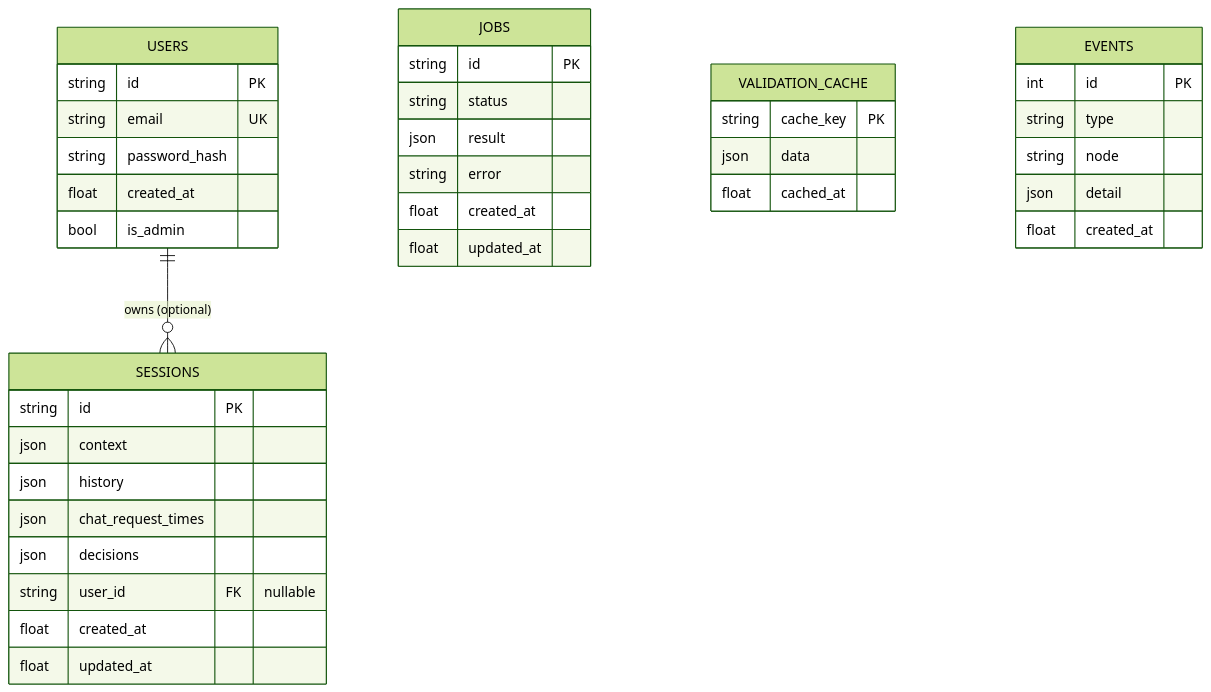
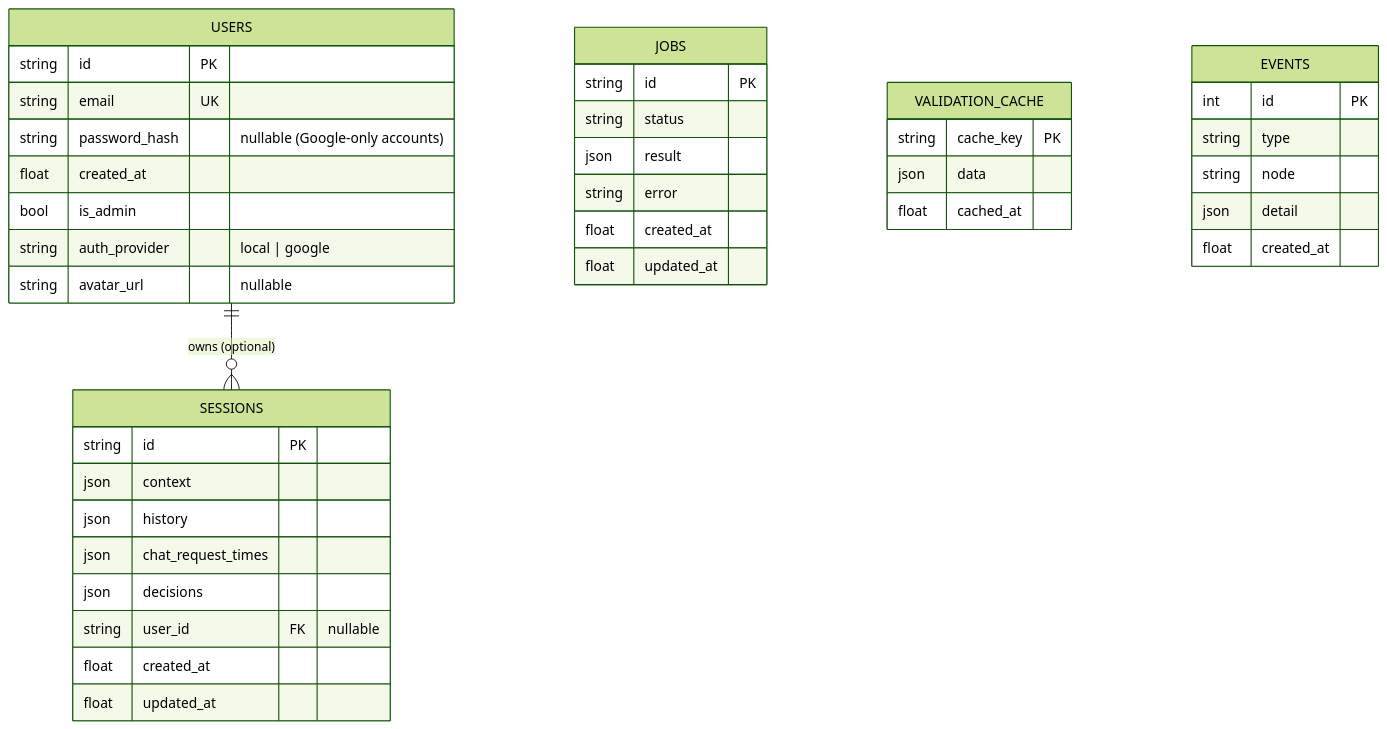
One commit to Yasaswini-ch/Development-of-AI-Based-Startup-Idea-Validator-with-Market-Analysis-Assistance changed the diagram in docs/19_AFFINITY_MILESTONE_3_POSTGRESQL_AUTH_AND_DATA_PERSISTENCE.md. Above: the diagram before and after it, drawn with Mermaid (forest theme). The commit also changed other lines of this file and 18 other files, not shown here.

````diff
--- a/docs/19_AFFINITY_MILESTONE_3_POSTGRESQL_AUTH_AND_DATA_PERSISTENCE.md
+++ b/docs/19_AFFINITY_MILESTONE_3_POSTGRESQL_AUTH_AND_DATA_PERSISTENCE.md
@@ -51,41 +52,43 @@
 ```mermaid
 erDiagram
     USERS ||--o{ SESSIONS : "owns (optional)"
     USERS {
         string id PK
         string email UK
-        string password_hash
+        string password_hash "nullable (Google-only accounts)"
         float created_at
         bool is_admin
+        string auth_provider "local | google"
+        string avatar_url "nullable"
     }
     SESSIONS {
         string id PK
         json context
         json history
         json chat_request_times
         json decisions
         string user_id FK "nullable"
         float created_at
         float updated_at
     }
     JOBS {
         string id PK
         string status
         json result
         string error
         float created_at
         float updated_at
     }
     VALIDATION_CACHE {
         string cache_key PK
         json data
         float cached_at
     }
     EVENTS {
         int id PK
         string type
         string node
         json detail
         float created_at
     }
 ```
````
